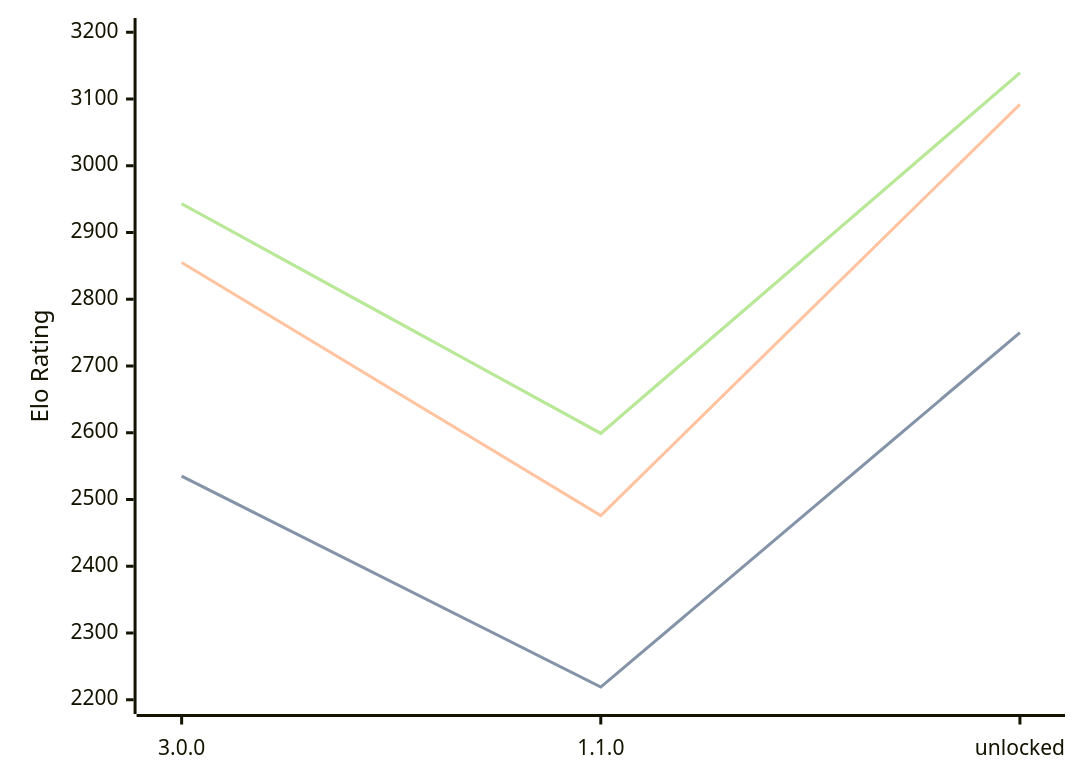
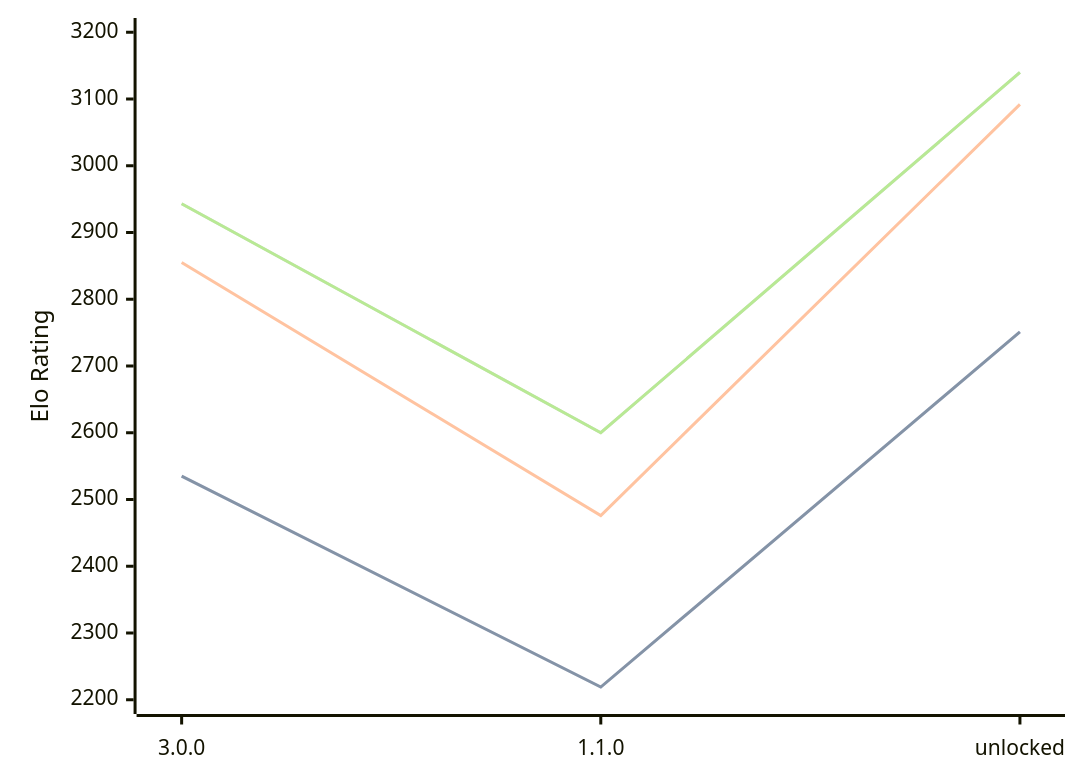
One commit to computer-chess-index/cci changed the diagram in engines/Potential.md. Above: the diagram before and after it, drawn with Mermaid. The commit also changed other lines of this file, not shown here.

Commit message:
Update CCI Ratings (ELO VLTC) - 2026-08-27

````diff
--- a/engines/Potential.md
+++ b/engines/Potential.md
@@ -33,11 +33,11 @@
 ```mermaid
 %%{init: {"theme":"base","themeVariables":{"seriesColors:['#a3a3a3','#222221','#faa371']}}}%%
 xychart-beta
   x-axis ["3.0.0", "1.1.0", "unlocked"]
   y-axis "Elo Rating" 2200 --> 3200
-  line "STC (8.0+0.08s)" [2535, 2219, 2750]
-  line "STC (8.0+0.08s)" [2535, 2219, 2750]
+  line "STC (8.0+0.08s)" [2535, 2219, 2751]
+  line "STC (8.0+0.08s)" [2535, 2219, 2751]
   line "LTC (60.0+0.60s)" [2855, 2476, 3092]
-  line "VLTC (2m24s+1.12s)" [2943, 2599, 3139]
-  line "VLTC (2m24s+1.12s)" [2943, 2599, 3139]
+  line "VLTC (2m24s+1.12s)" [2943, 2600, 3140]
+  line "VLTC (2m24s+1.12s)" [2943, 2600, 3140]
 ```
````
